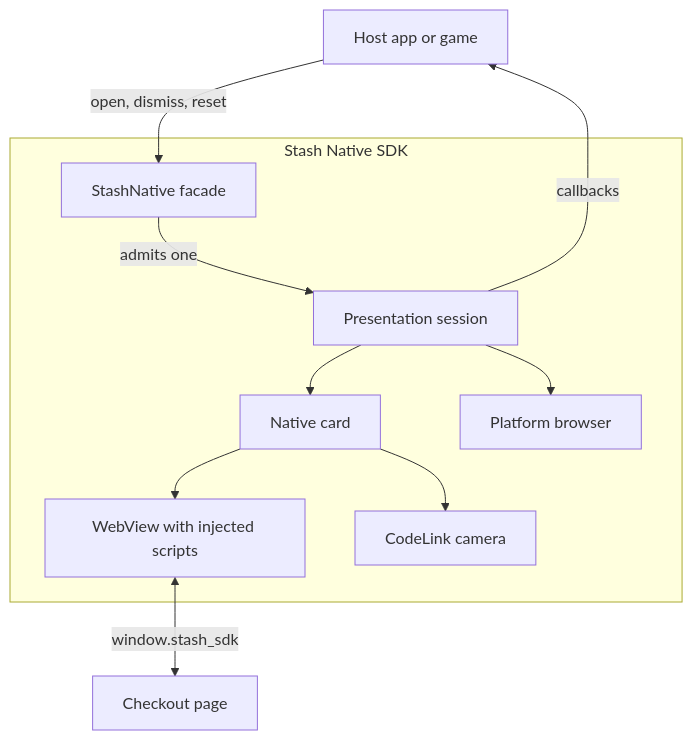
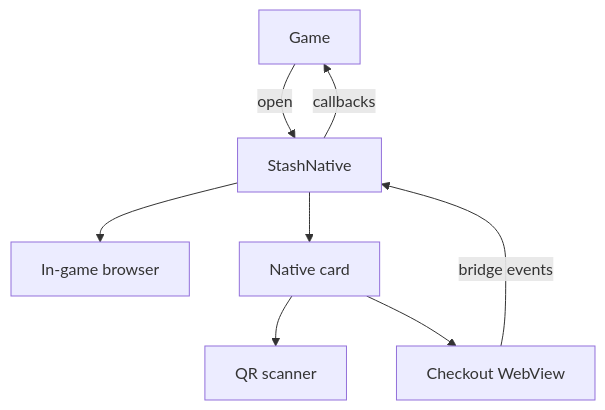
One commit to stashgg/stash-native changed the first of 2 diagrams in docs/architecture/index.md. Above: the diagram before and after it, drawn with Mermaid. The commit also changed other lines of this file and 6 other files, not shown here.

First line of the commit message:
[docs] Simplify Package Architecture into an overview

````diff
--- a/docs/architecture/index.md
+++ b/docs/architecture/index.md
@@ -14,23 +14,10 @@
 ```mermaid
 flowchart TB
-    App[Host app or game]
-    Page[Checkout page]
-
-    subgraph SDK [Stash Native SDK]
-        Facade[StashNative facade]
-        Session[Presentation session]
-        Surface[Native card]
-        Web[WebView with injected scripts]
-        Camera[CodeLink camera]
-        Browser[Platform browser]
-    end
-
-    App -->|open, dismiss, reset| Facade
-    Facade -->|admits one| Session
-    Session --> Surface
-    Surface --> Web
-    Surface --> Camera
-    Session --> Browser
-    Web <-->|window.stash_sdk| Page
-    Session -->|callbacks| App
+    Game[Game] -->|open| SDK[StashNative]
+    SDK -->|callbacks| Game
+    SDK --> Browser[In-game browser]
+    SDK --> Card[Native card]
+    Card --> Scanner[QR scanner]
+    Card --> Web[Checkout WebView]
+    Web -->|bridge events| SDK
 ```
````
